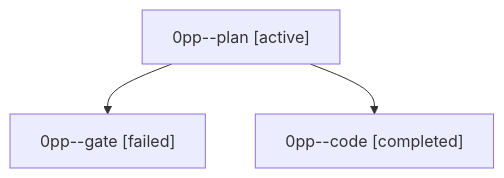
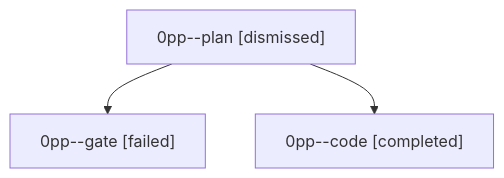
Before and after one commit to sase-org/sase--agents: the diagram in sessions/bbugyi200.athena.0pp.md, drawn with Mermaid. The commit also changed other lines of this file and 18 other files, not shown here.

````diff
--- a/sessions/bbugyi200.athena.0pp.md
+++ b/sessions/bbugyi200.athena.0pp.md
@@ -9,8 +9,8 @@
 ```mermaid
 flowchart TD
-  n0["0pp--plan [active]"]
+  n0["0pp--plan [dismissed]"]
   n1["0pp--gate [failed]"]
   n0 --> n1
   n2["0pp--code [completed]"]
   n0 --> n2
 ```
````
